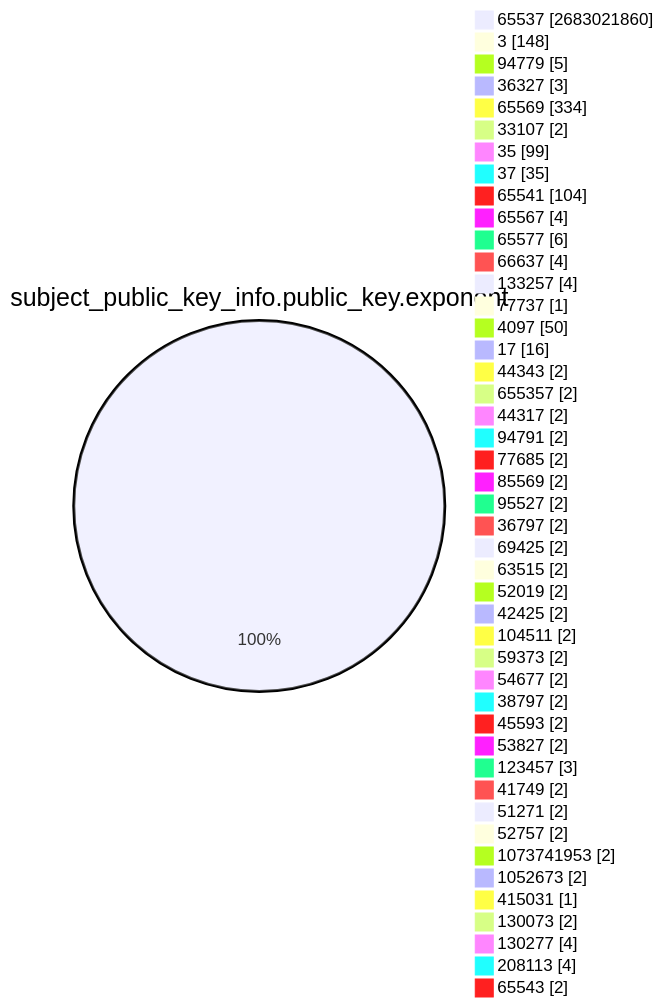
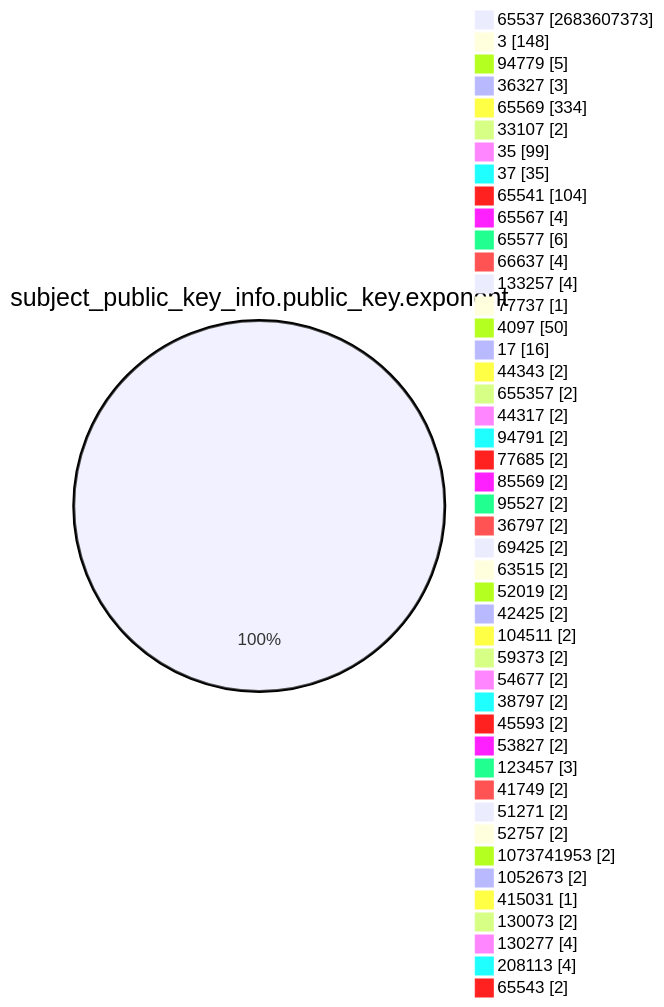
Before and after one commit to christiankrug/ctmonitor_visualization: the fourth of 15 diagrams in TOTAL/README.md, drawn with Mermaid. The commit also changed other lines of this file, not shown here.

````diff
--- a/TOTAL/README.md
+++ b/TOTAL/README.md
@@ -1467,49 +1467,49 @@
 ```mermaid
 pie showData
 title subject_public_key_info.public_key.exponent
-"65537" :2683021860
+"65537" :2683607373
 "3" :148
 "94779" :5
 "36327" :3
 "65569" :334
 "33107" :2
 "35" :99
 "37" :35
 "65541" :104
 "65567" :4
 "65577" :6
 "66637" :4
 "133257" :4
 "77737" :1
 "4097" :50
 "17" :16
 "44343" :2
 "655357" :2
 "44317" :2
 "94791" :2
 "77685" :2
 "85569" :2
 "95527" :2
 "36797" :2
 "69425" :2
 "63515" :2
 "52019" :2
 "42425" :2
 "104511" :2
 "59373" :2
 "54677" :2
 "38797" :2
 "45593" :2
 "53827" :2
 "123457" :3
 "41749" :2
 "51271" :2
 "52757" :2
 "1073741953" :2
 "1052673" :2
 "415031" :1
 "130073" :2
 "130277" :4
 "208113" :4
 "65543" :2
 ```
````
